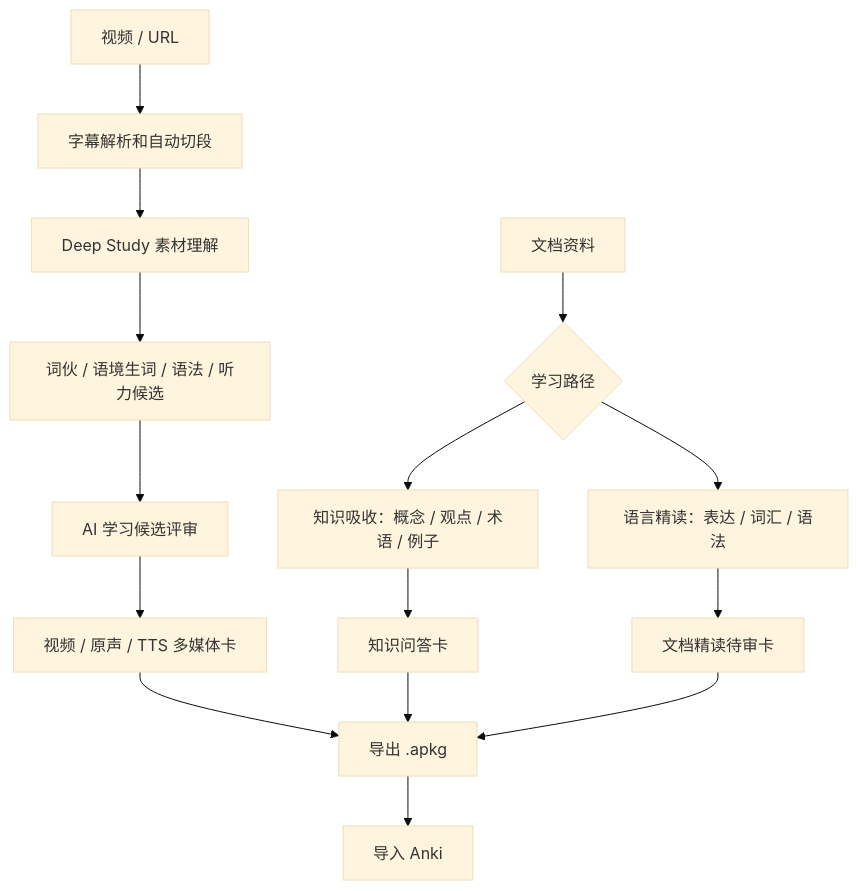
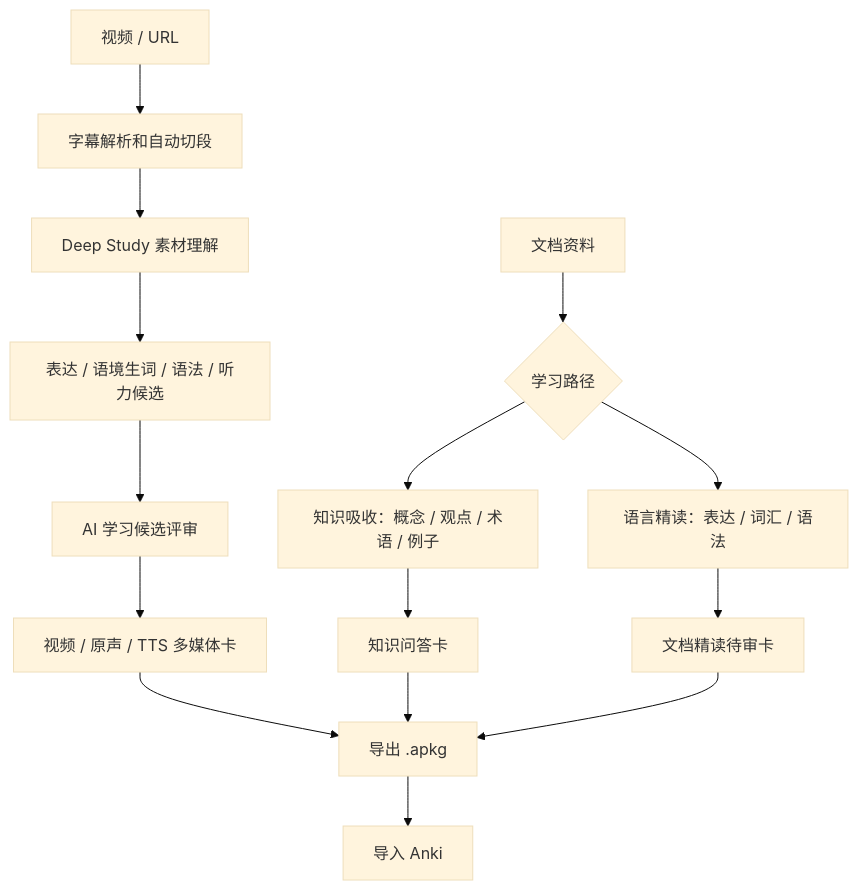
The diagram in README.md (zixuanzhou0-ai/Anki-card-generator), drawn with Mermaid (base theme) before and after one commit. The commit also changed other lines of this file and 16 other files, not shown here.

````diff
--- a/README.md
+++ b/README.md
@@ -43,19 +43,19 @@
 ```mermaid
 flowchart TB
   A["视频 / URL"] --> B["字幕解析和自动切段"]
   B --> C["Deep Study 素材理解"]
-  C --> D["词伙 / 语境生词 / 语法 / 听力候选"]
+  C --> D["表达 / 语境生词 / 语法 / 听力候选"]
   D --> E["AI 学习候选评审"]
   E --> N["视频 / 原声 / TTS 多媒体卡"]
 
   F["文档资料"] --> G{"学习路径"}
   G --> H["知识吸收：概念 / 观点 / 术语 / 例子"]
   G --> I["语言精读：表达 / 词汇 / 语法"]
   H --> J["知识问答卡"]
   I --> K["文档精读待审卡"]
 
   N --> L["导出 .apkg"]
   J --> L
   K --> L
   L --> M["导入 Anki"]
 ```
````
